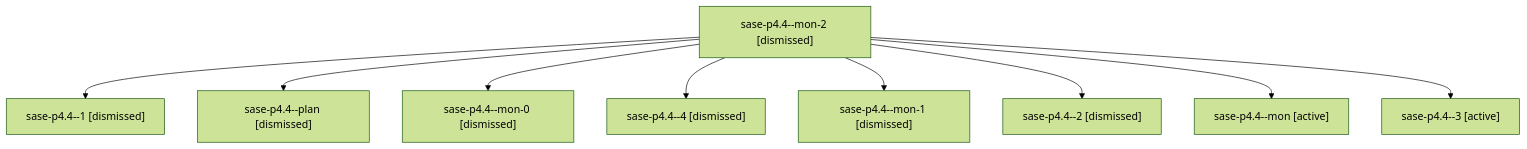
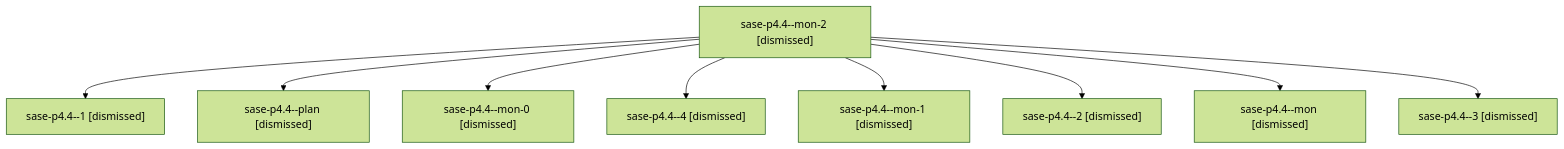
The diagram in sessions/bbugyi200.athena.sase-p4.4.md (sase-org/sase--agents), drawn with Mermaid (forest theme) before and after one commit. The commit also changed other lines of this file and 104 other files, not shown here.

````diff
--- a/sessions/bbugyi200.athena.sase-p4.4.md
+++ b/sessions/bbugyi200.athena.sase-p4.4.md
@@ -9,20 +9,20 @@
 ```mermaid
 flowchart TD
   n0["sase-p4.4--mon-2 [dismissed]"]
   n1["sase-p4.4--1 [dismissed]"]
   n0 --> n1
   n2["sase-p4.4--plan [dismissed]"]
   n0 --> n2
   n3["sase-p4.4--mon-0 [dismissed]"]
   n0 --> n3
   n4["sase-p4.4--4 [dismissed]"]
   n0 --> n4
   n5["sase-p4.4--mon-1 [dismissed]"]
   n0 --> n5
   n6["sase-p4.4--2 [dismissed]"]
   n0 --> n6
-  n7["sase-p4.4--mon [active]"]
+  n7["sase-p4.4--mon [dismissed]"]
   n0 --> n7
-  n8["sase-p4.4--3 [active]"]
+  n8["sase-p4.4--3 [dismissed]"]
   n0 --> n8
 ```
````
